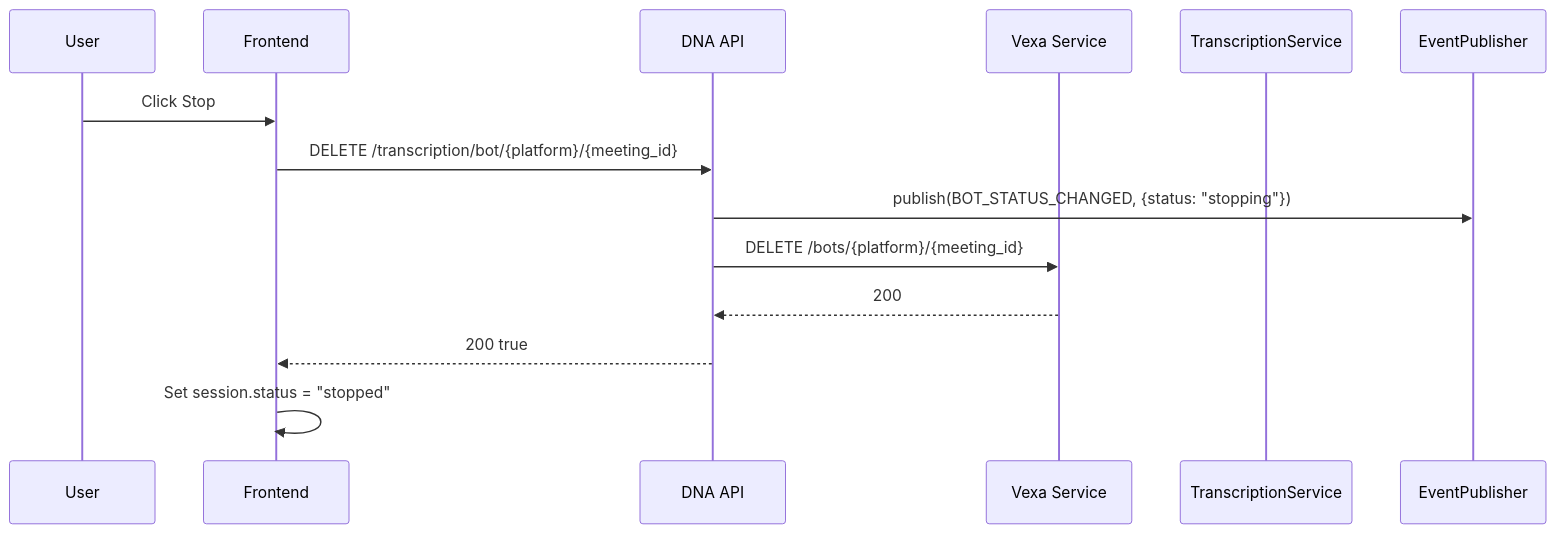
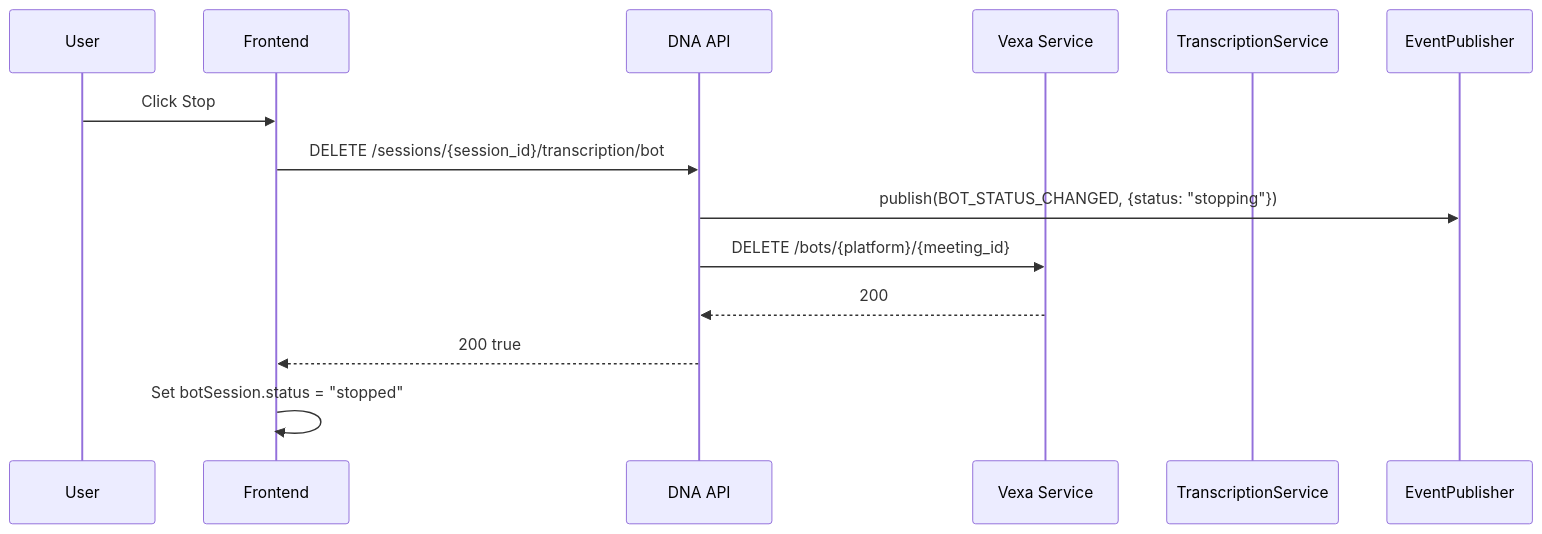
The fourth of 7 diagrams in backend/docs/TRANSCRIPTION_PIPELINE.md (AcademySoftwareFoundation/dna), drawn with Mermaid before and after one commit. The commit also changed other lines of this file and 99 other files, not shown here.

````diff
--- a/backend/docs/TRANSCRIPTION_PIPELINE.md
+++ b/backend/docs/TRANSCRIPTION_PIPELINE.md
@@ -453,17 +459,17 @@
 ```mermaid
 sequenceDiagram
     participant User
     participant UI as Frontend
     participant API as DNA API
     participant Vexa as Vexa Service
     participant TS as TranscriptionService
     participant EP as EventPublisher
 
     User->>UI: Click Stop
-    UI->>API: DELETE /transcription/bot/{platform}/{meeting_id}
+    UI->>API: DELETE /sessions/{session_id}/transcription/bot
     API->>EP: publish(BOT_STATUS_CHANGED, {status: "stopping"})
     API->>Vexa: DELETE /bots/{platform}/{meeting_id}
     Vexa-->>API: 200
     API-->>UI: 200 true
-    UI->>UI: Set session.status = "stopped"
+    UI->>UI: Set botSession.status = "stopped"
 ```
````
